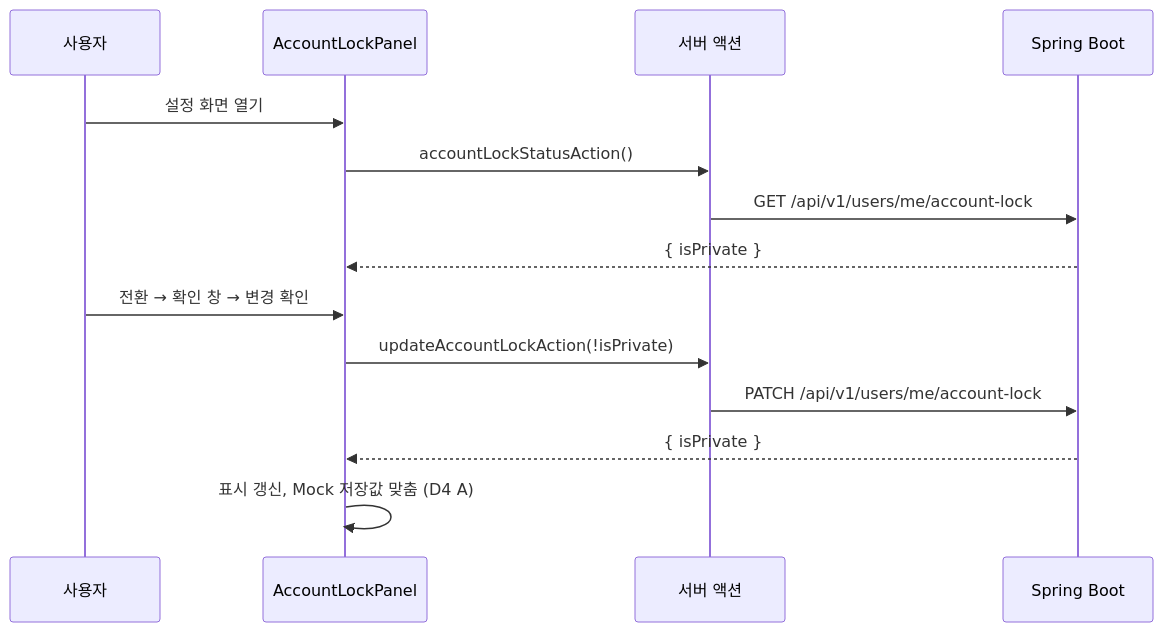
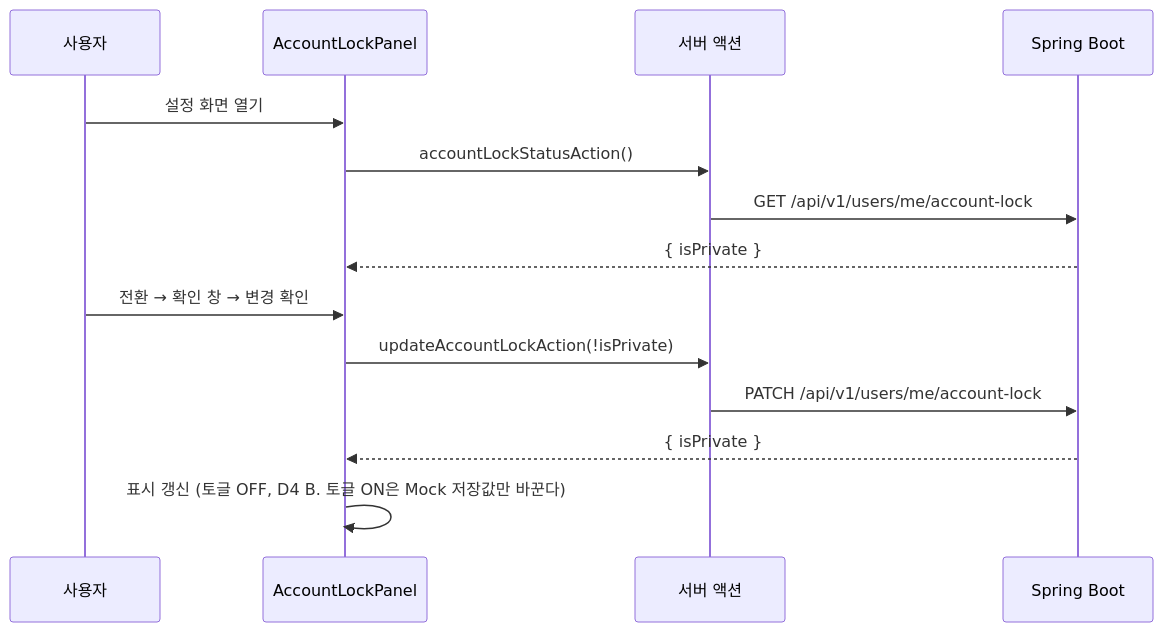
The diagram in docs/privacy-settings-plan.md (likelion-backendschool-9th/DevMozip), drawn with Mermaid before and after one commit. The commit also changed other lines of this file and 35 other files, not shown here.

````diff
--- a/docs/privacy-settings-plan.md
+++ b/docs/privacy-settings-plan.md
@@ -247,16 +257,16 @@
 ```mermaid
 sequenceDiagram
     participant U as 사용자
     participant P as AccountLockPanel
     participant A as 서버 액션
     participant S as Spring Boot
     U->>P: 설정 화면 열기
     P->>A: accountLockStatusAction()
     A->>S: GET /api/v1/users/me/account-lock
     S-->>P: { isPrivate }
     U->>P: 전환 → 확인 창 → 변경 확인
     P->>A: updateAccountLockAction(!isPrivate)
     A->>S: PATCH /api/v1/users/me/account-lock
     S-->>P: { isPrivate }
-    P->>P: 표시 갱신, Mock 저장값 맞춤 (D4 A)
+    P->>P: 표시 갱신 (토글 OFF, D4 B. 토글 ON은 Mock 저장값만 바꾼다)
 ```
````
